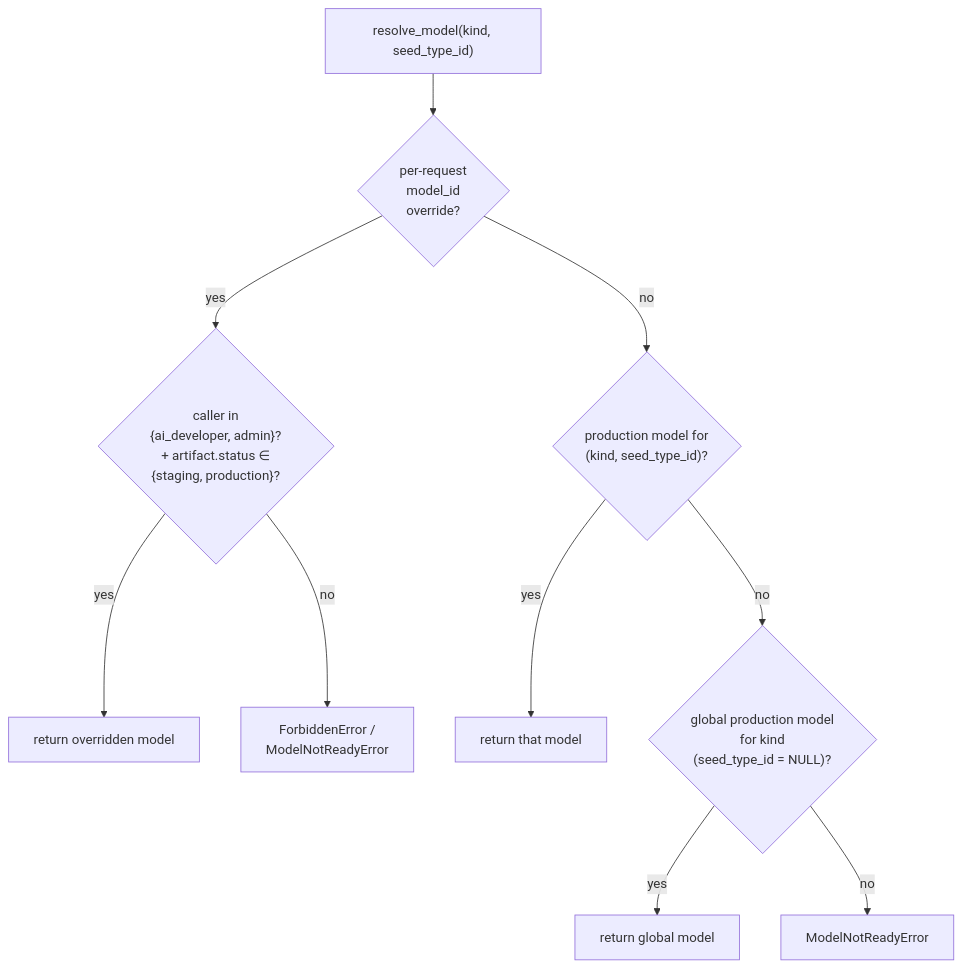
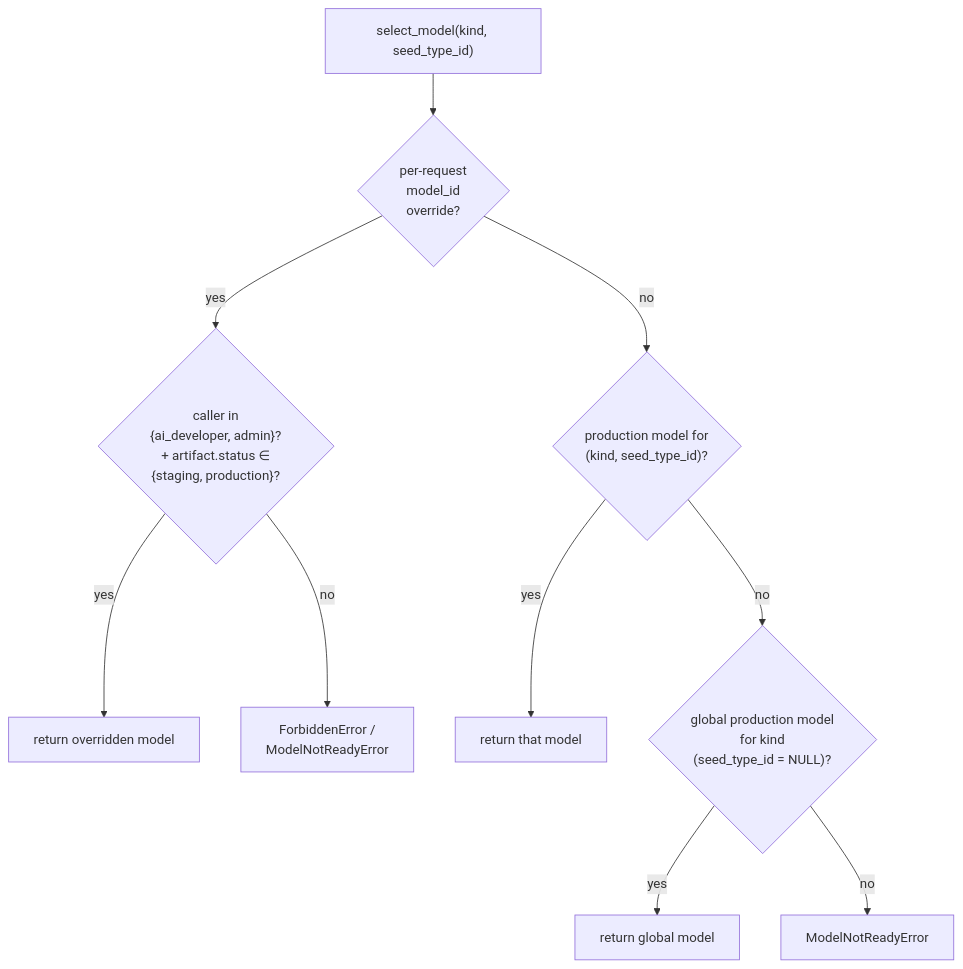
Before and after one commit to RealOrangeKun/seed-bank: the second of 4 diagrams in docs/diagrams/09-ml-platform.md, drawn with Mermaid. The commit also changed other lines of this file and 18 other files, not shown here.

````diff
--- a/docs/diagrams/09-ml-platform.md
+++ b/docs/diagrams/09-ml-platform.md
@@ -45,25 +45,25 @@
 ```mermaid
 flowchart TD
-    REQ["resolve_model(kind, seed_type_id)"]
+    REQ["select_model(kind, seed_type_id)"]
 
     OVR{"per-request<br/>model_id<br/>override?"}
     OVRSCOPE{"caller in<br/>{ai_developer, admin}?<br/>+ artifact.status ∈<br/>{staging, production}?"}
     OVR_OK[return overridden model]
     OVR_DENY[ForbiddenError /<br/>ModelNotReadyError]
 
     SEG{"production model for<br/>(kind, seed_type_id)?"}
     SEGOK[return that model]
     GLOBAL{"global production model<br/>for kind<br/>(seed_type_id = NULL)?"}
     GLOBALOK[return global model]
     EMPTY[ModelNotReadyError]
 
     REQ --> OVR
     OVR -- yes --> OVRSCOPE
     OVRSCOPE -- yes --> OVR_OK
     OVRSCOPE -- no --> OVR_DENY
     OVR -- no --> SEG
     SEG -- yes --> SEGOK
     SEG -- no --> GLOBAL
     GLOBAL -- yes --> GLOBALOK
     GLOBAL -- no --> EMPTY
 ```
````
